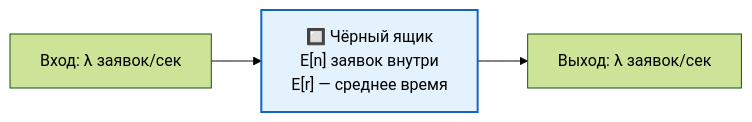
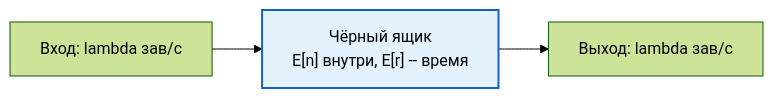
Before and after one commit to stareeg/simulation-modeling-notes: the fifth of 6 diagrams in docs/06-queueing-intro.md, drawn with Mermaid (forest theme). The commit also changed other lines of this file and 14 other files, not shown here.

````diff
--- a/docs/06-queueing-intro.md
+++ b/docs/06-queueing-intro.md
@@ -307,7 +327,7 @@
 ```mermaid
 flowchart LR
-    IN["Вход: λ заявок/сек"] --> BOX["🔲 Чёрный ящик\nE[n] заявок внутри\nE[r] — среднее время"]
-    BOX --> OUT["Выход: λ заявок/сек"]
+    IN["Вход: lambda зав/с"] --> BOX["Чёрный ящик<br/>E[n] внутри, E[r] -- время"]
+    BOX --> OUT["Выход: lambda зав/с"]
 
     style BOX fill:#e3f2fd,stroke:#1565C0,stroke-width:2px
 ```
````
